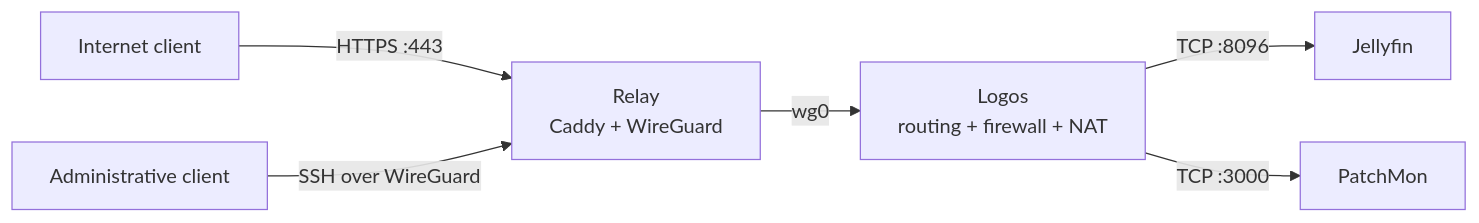
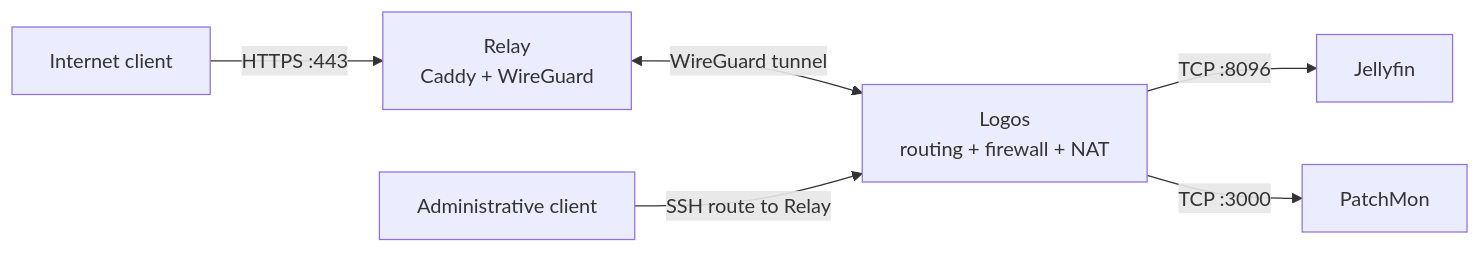
One commit to kCn3333/homelab changed the diagram in docs/relay/relay.md. Above: the diagram before and after it, drawn with Mermaid.

Commit message:
docs: document relay vps

````diff
--- a/docs/relay/relay.md
+++ b/docs/relay/relay.md
@@ -24,8 +24,8 @@
 ```mermaid
 flowchart LR
     client["Internet client"] -->|"HTTPS :443"| relay["Relay<br/>Caddy + WireGuard"]
-    admin["Administrative client"] -->|"SSH over WireGuard"| relay
-    relay -->|"wg0"| logos["Logos<br/>routing + firewall + NAT"]
+    relay <-->|"WireGuard tunnel"| logos["Logos<br/>routing + firewall + NAT"]
+    admin["Administrative client"] -->|"SSH route to Relay"| logos
     logos -->|"TCP :8096"| jellyfin["Jellyfin"]
     logos -->|"TCP :3000"| patchmon["PatchMon"]
 ```
````
